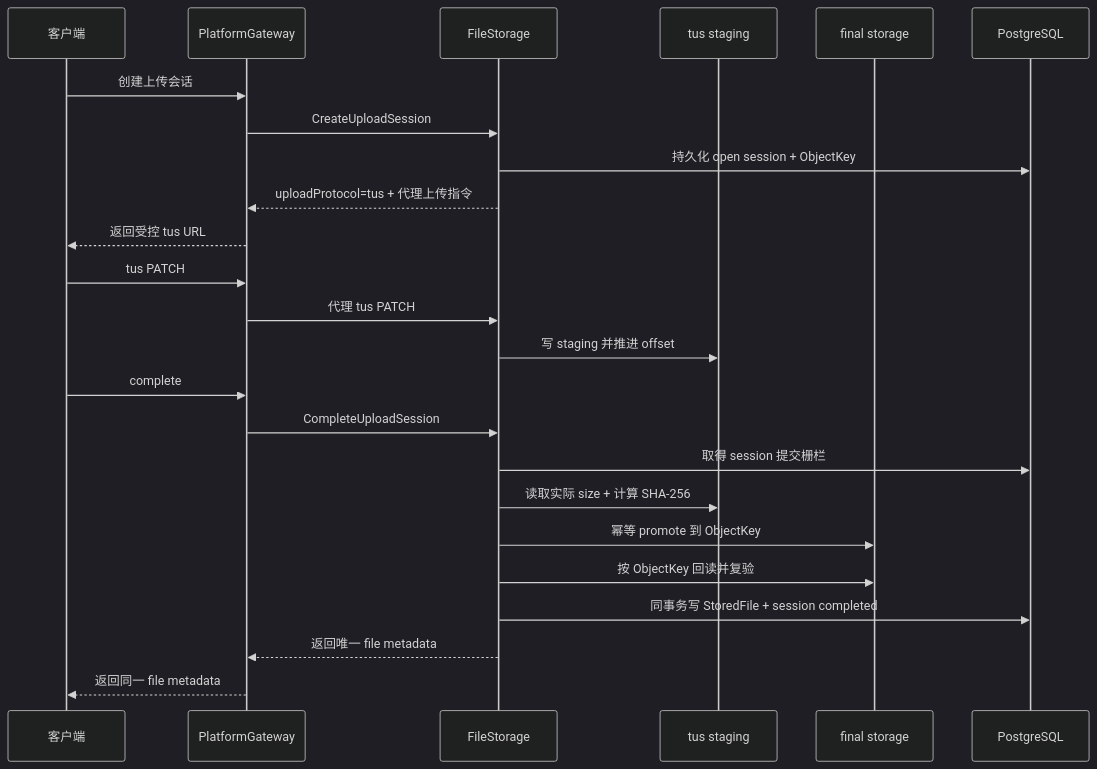
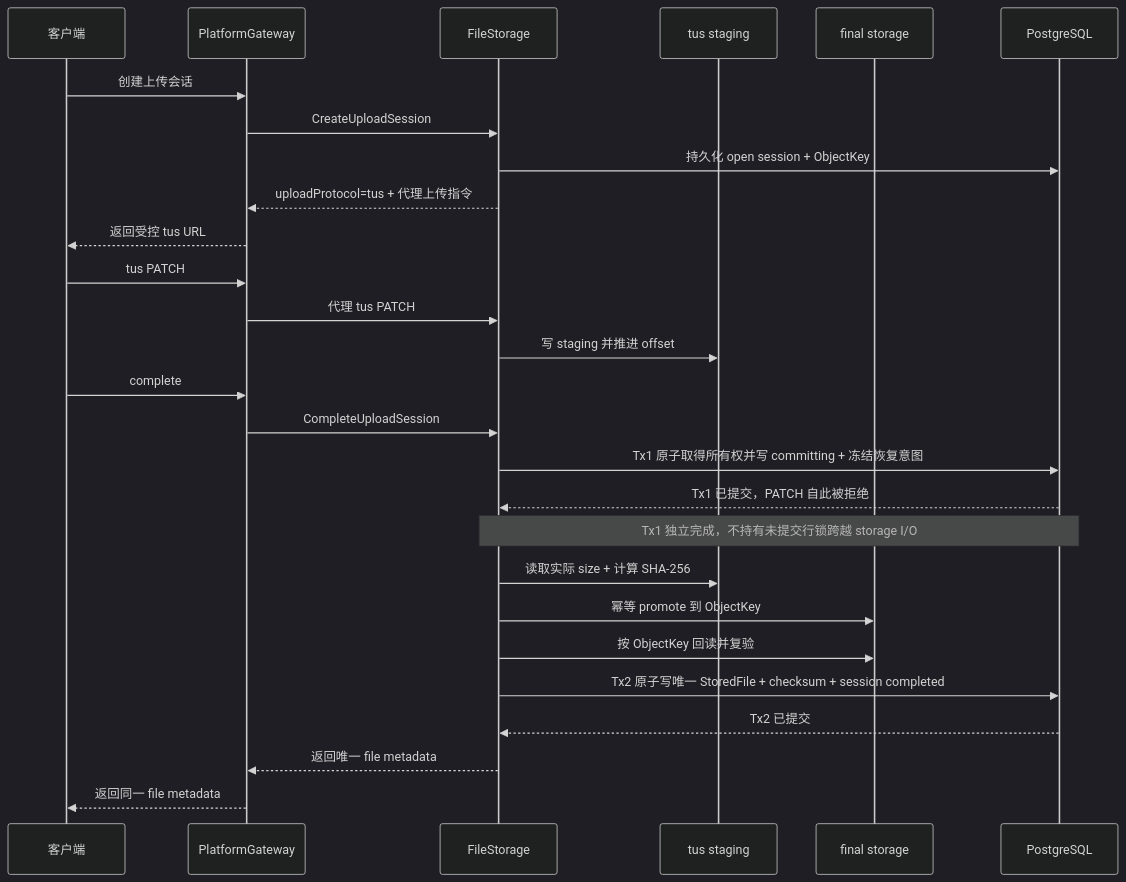
Before and after one commit to Mang-X/Nerv-IIP: the second of 2 diagrams in docs/adr/0023-filestorage-tus-proxy-staging-final-complete-invariants.md, drawn with Mermaid (dark theme). The commit also changed other lines of this file, not shown here.

Commit message:
docs(filestorage): 明确持久提交意图边界

````diff
--- a/docs/adr/0023-filestorage-tus-proxy-staging-final-complete-invariants.md
+++ b/docs/adr/0023-filestorage-tus-proxy-staging-final-complete-invariants.md
@@ -105,27 +106,30 @@
 ```mermaid
 sequenceDiagram
     participant C as 客户端
     participant G as PlatformGateway
     participant F as FileStorage
     participant T as tus staging
     participant S as final storage
     participant D as PostgreSQL
 
     C->>G: 创建上传会话
     G->>F: CreateUploadSession
     F->>D: 持久化 open session + ObjectKey
     F-->>G: uploadProtocol=tus + 代理上传指令
     G-->>C: 返回受控 tus URL
     C->>G: tus PATCH
     G->>F: 代理 tus PATCH
     F->>T: 写 staging 并推进 offset
     C->>G: complete
     G->>F: CompleteUploadSession
-    F->>D: 取得 session 提交栅栏
+    F->>D: Tx1 原子取得所有权并写 committing + 冻结恢复意图
+    D-->>F: Tx1 已提交，PATCH 自此被拒绝
+    Note over F,D: Tx1 独立完成，不持有未提交行锁跨越 storage I/O
     F->>T: 读取实际 size + 计算 SHA-256
     F->>S: 幂等 promote 到 ObjectKey
     F->>S: 按 ObjectKey 回读并复验
-    F->>D: 同事务写 StoredFile + session completed
+    F->>D: Tx2 原子写唯一 StoredFile + checksum + session completed
+    D-->>F: Tx2 已提交
     F-->>G: 返回唯一 file metadata
     G-->>C: 返回同一 file metadata
 ```
````
